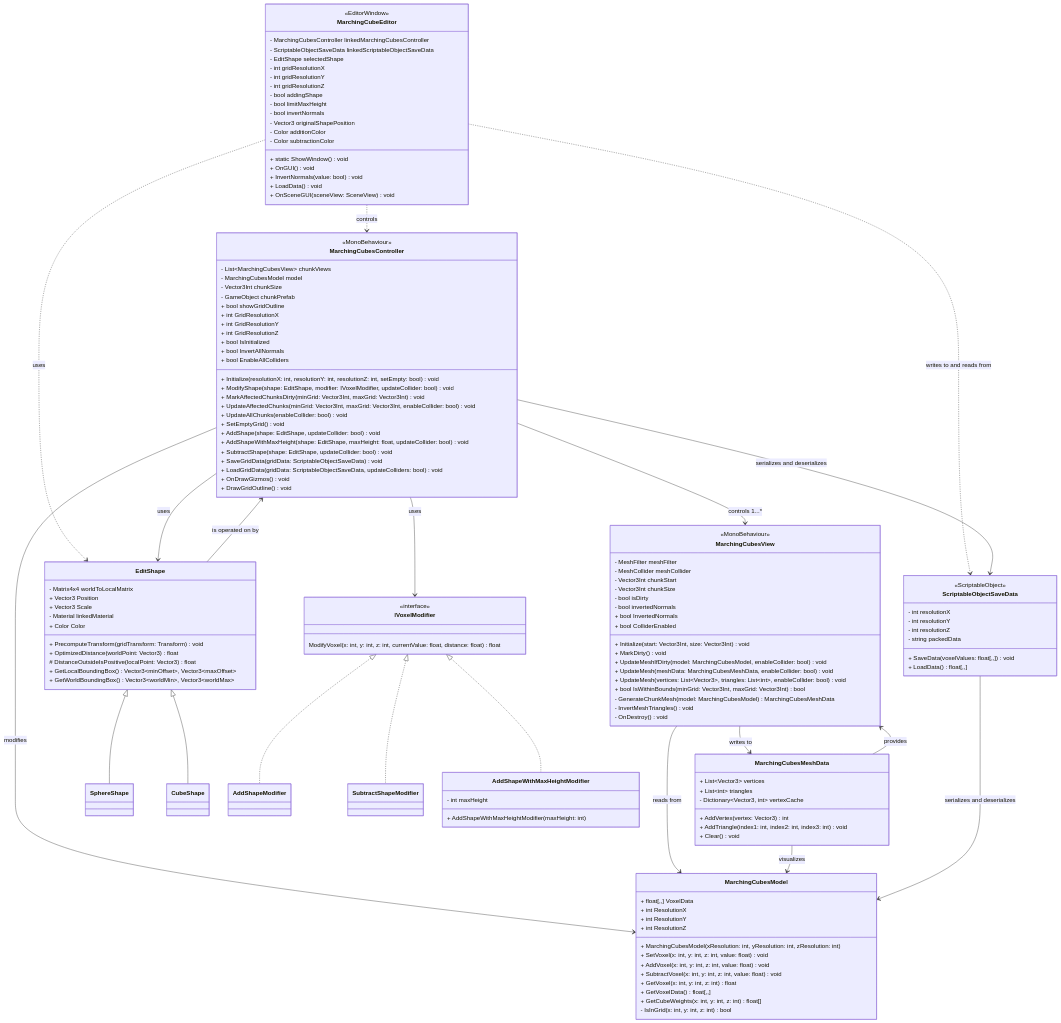
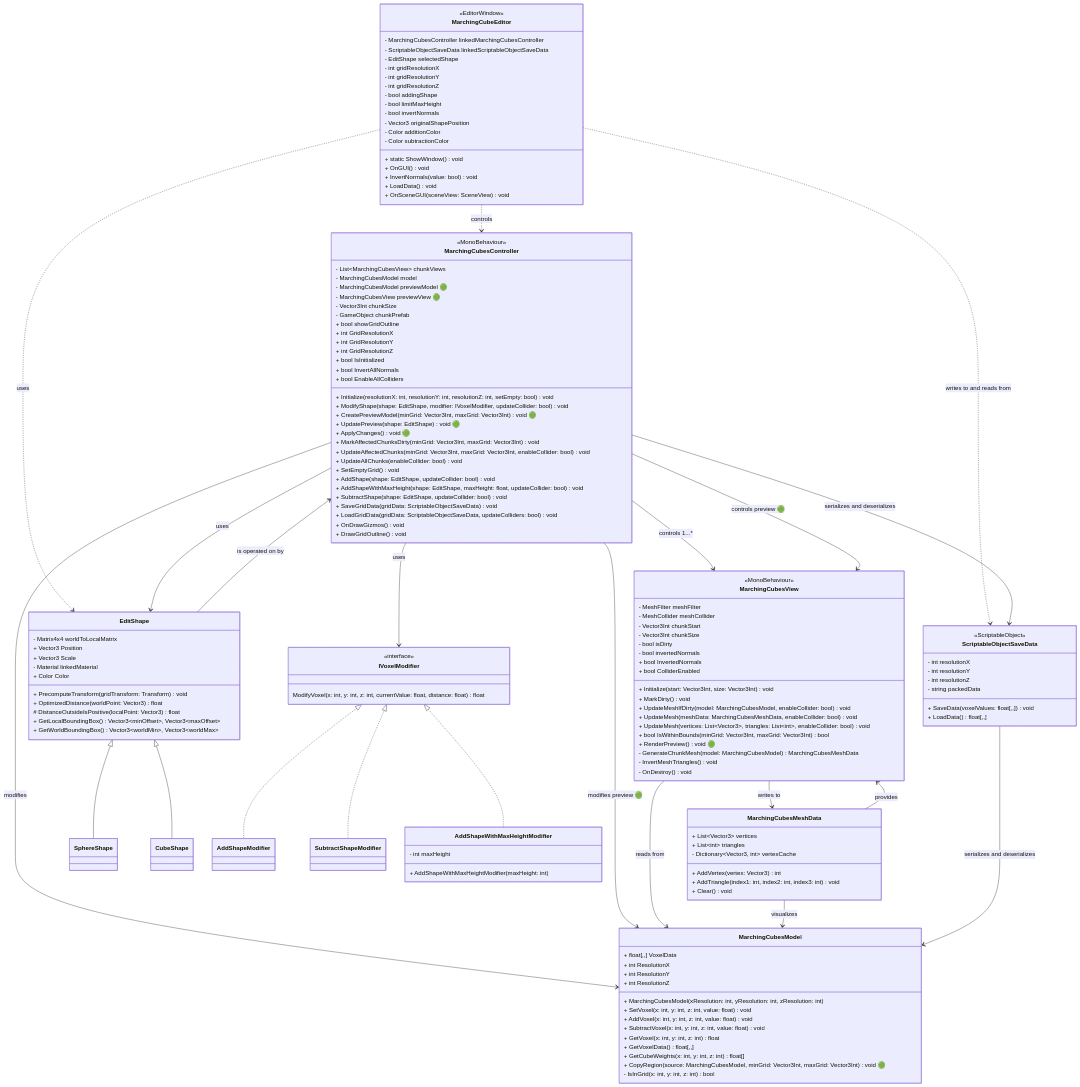
One commit to iffn/MarchingCubeEditorForUnity changed the diagram in Documentation/UML/ClassDiagram/README.md. Above: the diagram before and after it, drawn with Mermaid. The commit also changed 1 other file, not shown here.

Commit message:
Preview shape: Change planning

```diff
--- a/Documentation/UML/ClassDiagram/README.md
+++ b/Documentation/UML/ClassDiagram/README.md
@@ -5,6 +5,8 @@
     class MarchingCubesController {
         - List~MarchingCubesView~ chunkViews
         - MarchingCubesModel model
+        - MarchingCubesModel previewModel 🟢
+        - MarchingCubesView previewView 🟢
         - Vector3Int chunkSize
         - GameObject chunkPrefab
         + bool showGridOutline
@@ -14,6 +16,9 @@
         + Initialize(resolutionX: int, resolutionY: int, resolutionZ: int, setEmpty: bool) void
         + bool IsInitialized
         + ModifyShape(shape: EditShape, modifier: IVoxelModifier, updateCollider: bool) void
+        + CreatePreviewModel(minGrid: Vector3Int, maxGrid: Vector3Int) void 🟢
+        + UpdatePreview(shape: EditShape) void 🟢
+        + ApplyChanges() void 🟢
         + MarkAffectedChunksDirty(minGrid: Vector3Int, maxGrid: Vector3Int) void
         + UpdateAffectedChunks(minGrid: Vector3Int, maxGrid: Vector3Int, enableCollider: bool) void
         + UpdateAllChunks(enableCollider: bool) void
@@ -45,6 +50,7 @@
         + bool InvertedNormals
         + bool ColliderEnabled
         + bool IsWithinBounds(minGrid: Vector3Int, maxGrid: Vector3Int) bool
+        + RenderPreview() void 🟢
         - GenerateChunkMesh(model: MarchingCubesModel) MarchingCubesMeshData
         - InvertMeshTriangles() void
         - OnDestroy() void
@@ -63,6 +69,7 @@
         + GetVoxel(x: int, y: int, z: int) float
         + GetVoxelData() float[,,]
         + GetCubeWeights(x: int, y: int, z: int) float[]
+        + CopyRegion(source: MarchingCubesModel, minGrid: Vector3Int, maxGrid: Vector3Int) void 🟢
         - IsInGrid(x: int, y: int, z: int) bool
     }
 
@@ -144,6 +151,8 @@
     MarchingCubesController --> MarchingCubesView : controls 1...*
     MarchingCubesController --> EditShape : uses
     MarchingCubesController --> ScriptableObjectSaveData : serializes and deserializes
+    MarchingCubesController --> MarchingCubesView : controls preview 🟢
+    MarchingCubesController --> MarchingCubesModel : modifies preview 🟢
     MarchingCubesView --> MarchingCubesModel : reads from
     MarchingCubesView --> MarchingCubesMeshData : writes to
     MarchingCubesMeshData --> MarchingCubesView : provides
```
